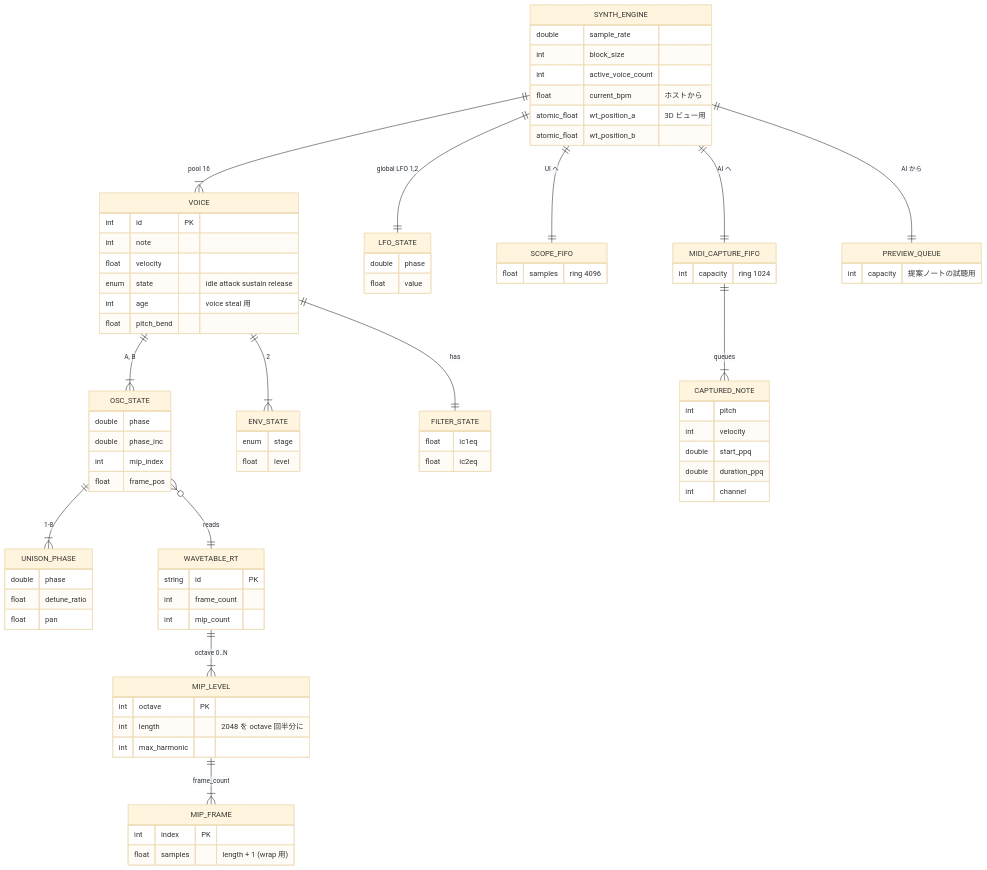
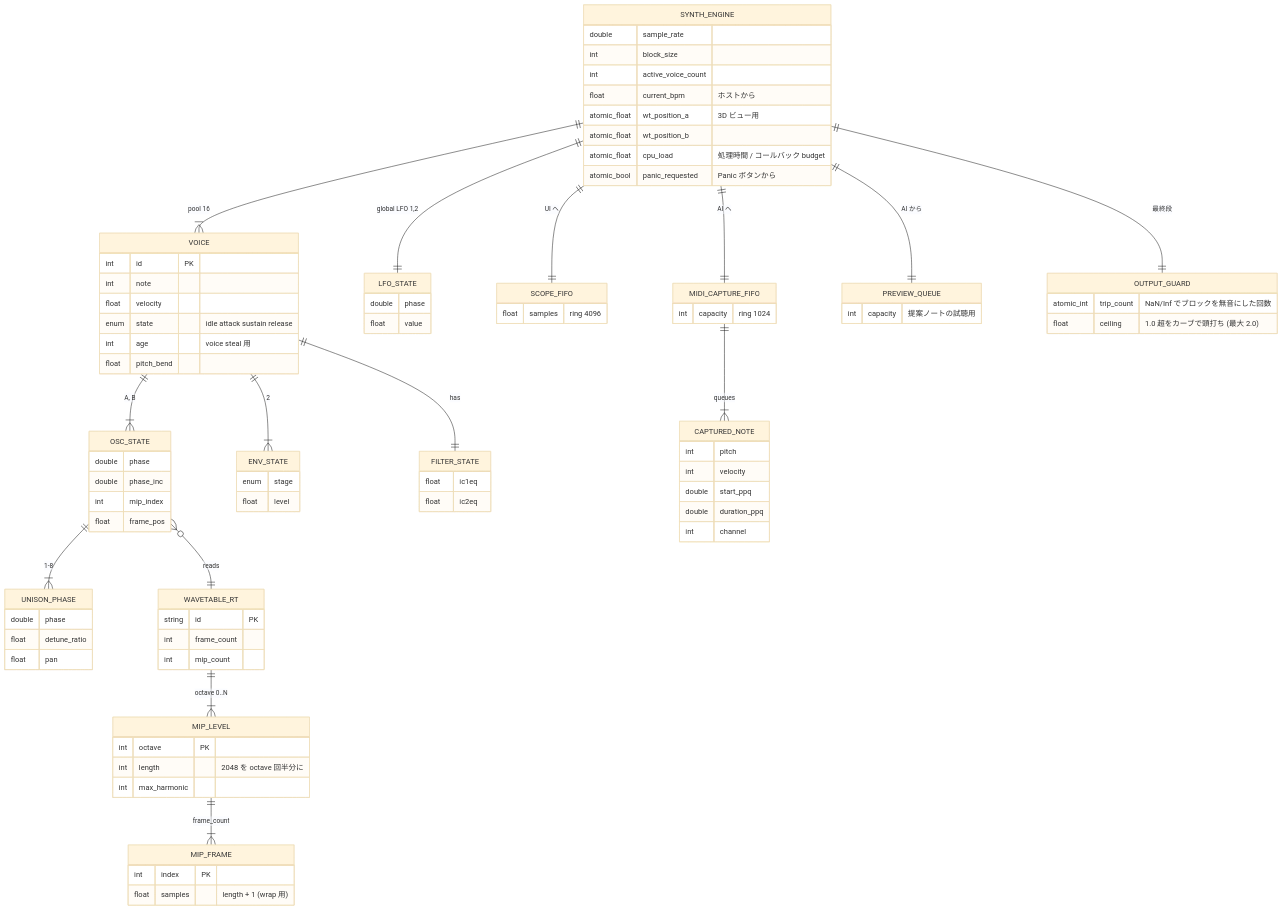
The second of 3 diagrams in docs/ER.md (kishimon02/Synth_VST), drawn with Mermaid (base theme) before and after one commit. The commit also changed 17 other files, not shown here.

```diff
--- a/docs/ER.md
+++ b/docs/ER.md
@@ -216,6 +216,7 @@
     SYNTH_ENGINE ||--|| MIDI_CAPTURE_FIFO : "AI へ"
     MIDI_CAPTURE_FIFO ||--|{ CAPTURED_NOTE : "queues"
     SYNTH_ENGINE ||--|| PREVIEW_QUEUE : "AI から"
+    SYNTH_ENGINE ||--|| OUTPUT_GUARD : "最終段"
 
     SYNTH_ENGINE {
         double sample_rate
@@ -224,6 +225,12 @@
         float current_bpm "ホストから"
         atomic_float wt_position_a "3D ビュー用"
         atomic_float wt_position_b
+        atomic_float cpu_load "処理時間 / コールバック budget"
+        atomic_bool panic_requested "Panic ボタンから"
+    }
+    OUTPUT_GUARD {
+        atomic_int trip_count "NaN/Inf でブロックを無音にした回数"
+        float ceiling "1.0 超をカーブで頭打ち (最大 2.0)"
     }
     VOICE {
         int id PK
```
